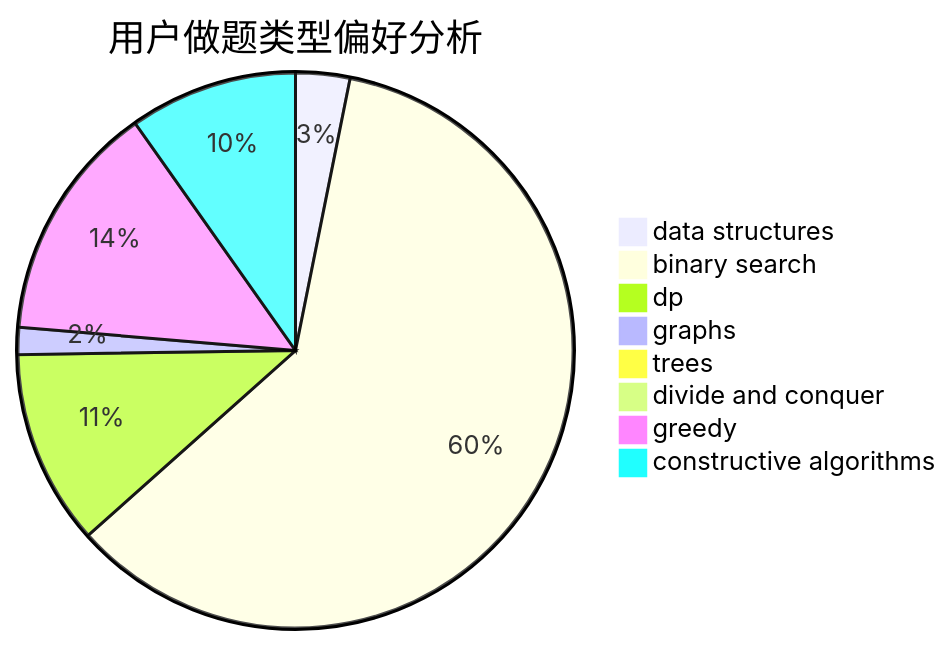
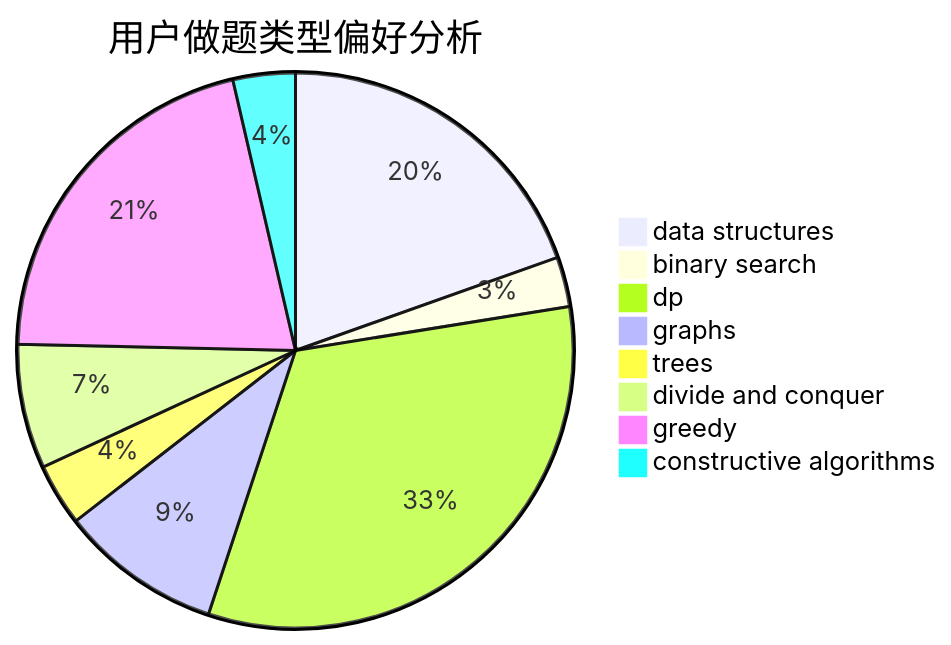
Before and after one commit to sherpahu/cfrs.github.io: the second of 3 diagrams in docs/user/u1472.md, drawn with Mermaid. The commit also changed other lines of this file and 2770 other files, not shown here.

````diff
--- a/docs/user/u1472.md
+++ b/docs/user/u1472.md
@@ -23,11 +23,11 @@
 ```mermaid
 pie title 用户做题类型偏好分析
-    "data structures" :  10
-    "binary search" :  191
-    "dp" :  36
-    "graphs" :  5
-    "trees" :  3
-    "divide and conquer" :  0
-    "greedy" :  44
-    "constructive algorithms" :  31
+    "data structures" :  27
+    "binary search" :  4
+    "dp" :  45
+    "graphs" :  13
+    "trees" :  5
+    "divide and conquer" :  10
+    "greedy" :  29
+    "constructive algorithms" :  5
 ```
````
